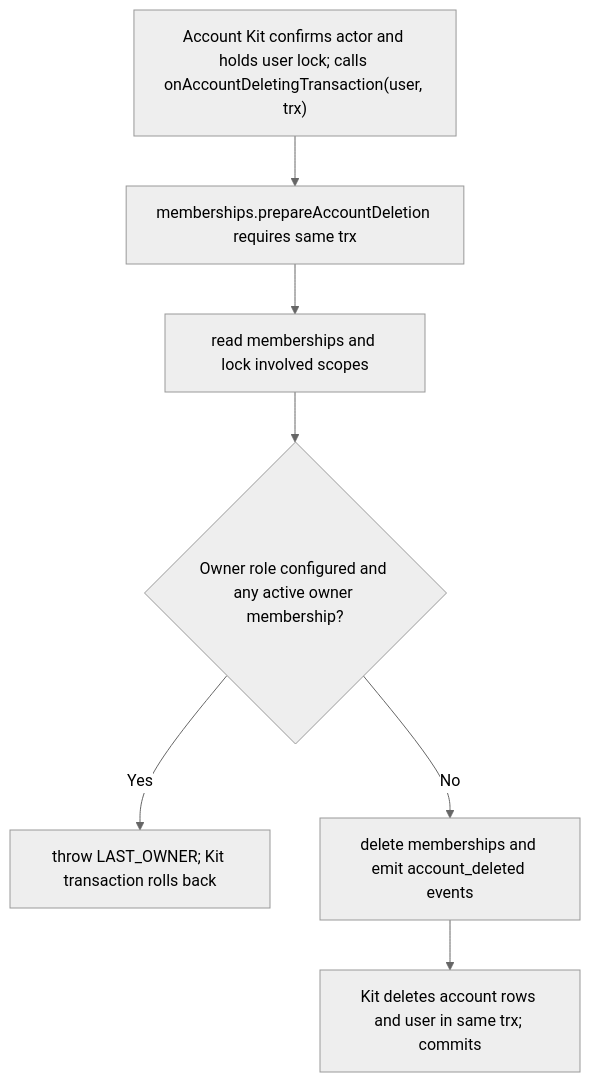
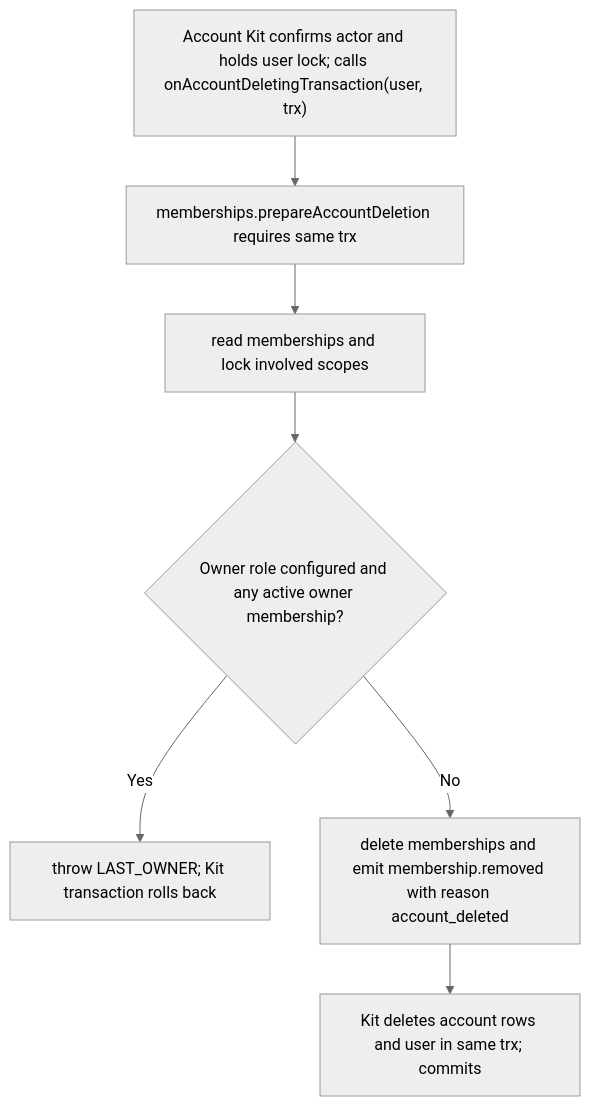
The second of 2 diagrams in user-stories/US-ACCESS-20-protect-account-deletion.md (Kevinjohn/oss-adonisjs-access-control), drawn with Mermaid (neutral theme) before and after one commit. The commit also changed 5 other files, not shown here.

````diff
--- a/user-stories/US-ACCESS-20-protect-account-deletion.md
+++ b/user-stories/US-ACCESS-20-protect-account-deletion.md
@@ -31,9 +31,9 @@
 ```mermaid
 flowchart TD
     A["Account Kit confirms actor and holds user lock; calls onAccountDeletingTransaction(user, trx)"] --> B["memberships.prepareAccountDeletion requires same trx"]
     B --> C["read memberships and lock involved scopes"]
     C --> D{"Owner role configured and any active owner membership?"}
     D -->|Yes| E["throw LAST_OWNER; Kit transaction rolls back"]
-    D -->|No| F["delete memberships and emit account_deleted events"]
+    D -->|No| F["delete memberships and emit membership.removed with reason account_deleted"]
     F --> G["Kit deletes account rows and user in same trx; commits"]
 ```
````
